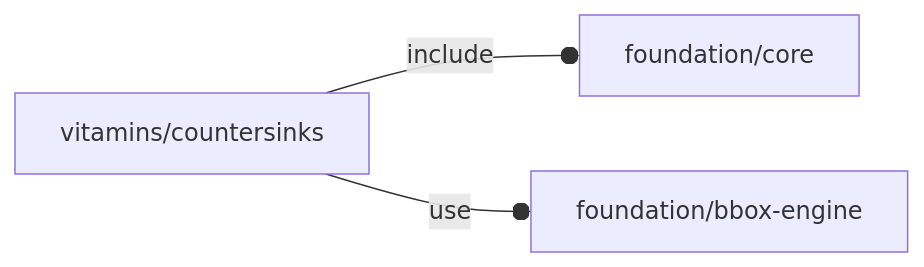
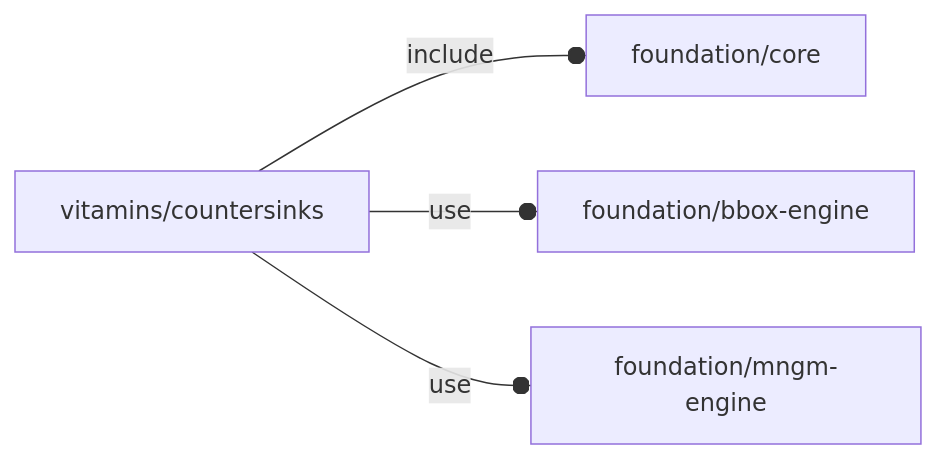
The diagram in orthodocs/vitamins/countersinks.md (ggabbiani/OFL), drawn with Mermaid before and after one commit. The commit also changed 26 other files, not shown here.

````diff
--- a/orthodocs/vitamins/countersinks.md
+++ b/orthodocs/vitamins/countersinks.md
@@ -5,5 +5,6 @@
 ```mermaid
 graph LR
     A1[vitamins/countersinks] --o|include| A2[foundation/core]
     A1 --o|use| A3[foundation/bbox-engine]
+    A1 --o|use| A4[foundation/mngm-engine]
 ```
````
